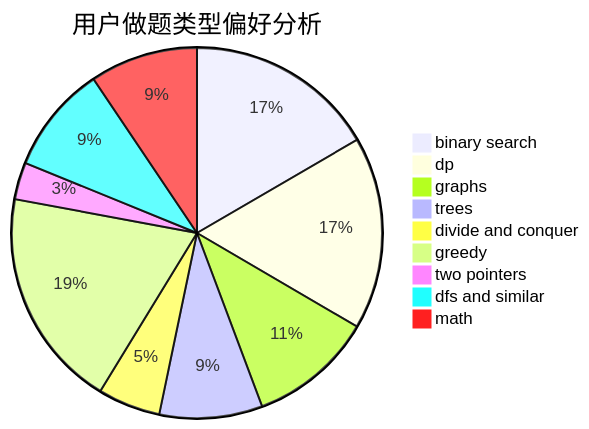
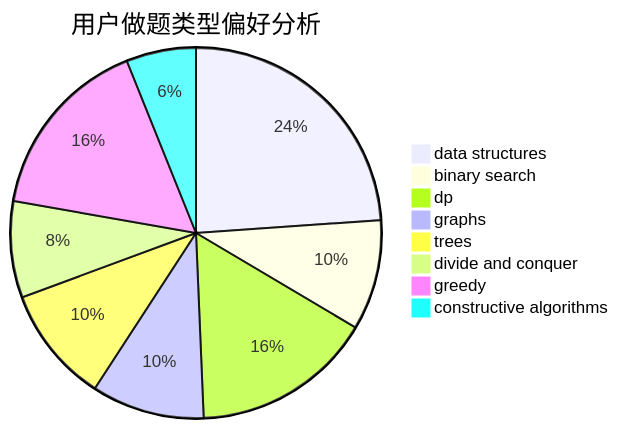
The second of 3 diagrams in docs/user/u563.md (sherpahu/cfrs.github.io), drawn with Mermaid before and after one commit. The commit also changed other lines of this file and 2775 other files, not shown here.

````diff
--- a/docs/user/u563.md
+++ b/docs/user/u563.md
@@ -23,12 +23,11 @@
 ```mermaid
 pie title 用户做题类型偏好分析
-    "binary search" :  231
-    "dp" :  234
-    "graphs" :  151
-    "trees" :  125
+    "data structures" :  216
+    "binary search" :  87
+    "dp" :  143
+    "graphs" :  89
+    "trees" :  92
     "divide and conquer" :  76
-    "greedy" :  267
-    "two pointers" :  45
-    "dfs and similar" :  131
-    "math" :  131
+    "greedy" :  146
+    "constructive algorithms" :  55
 ```
````
